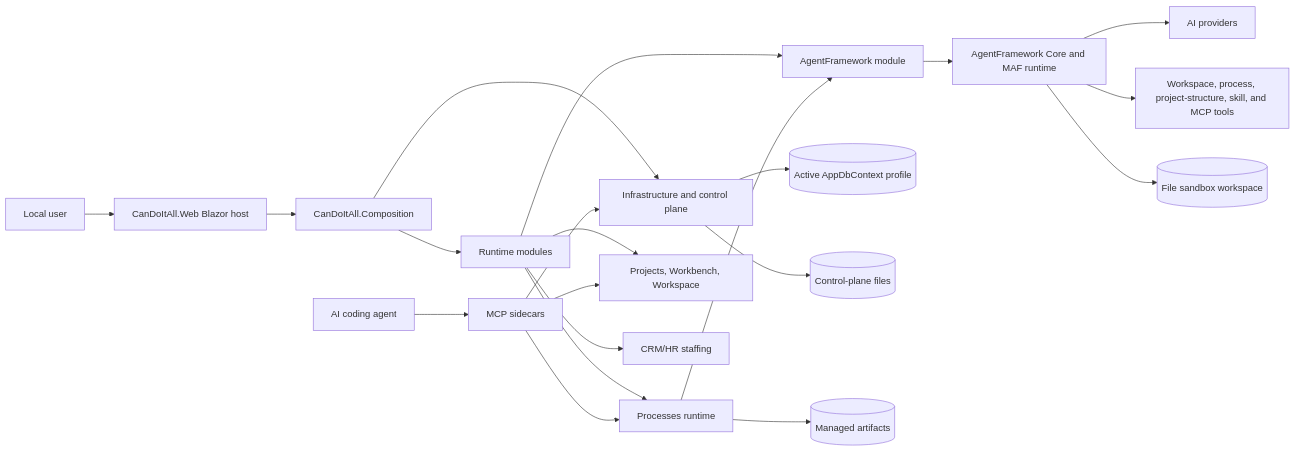
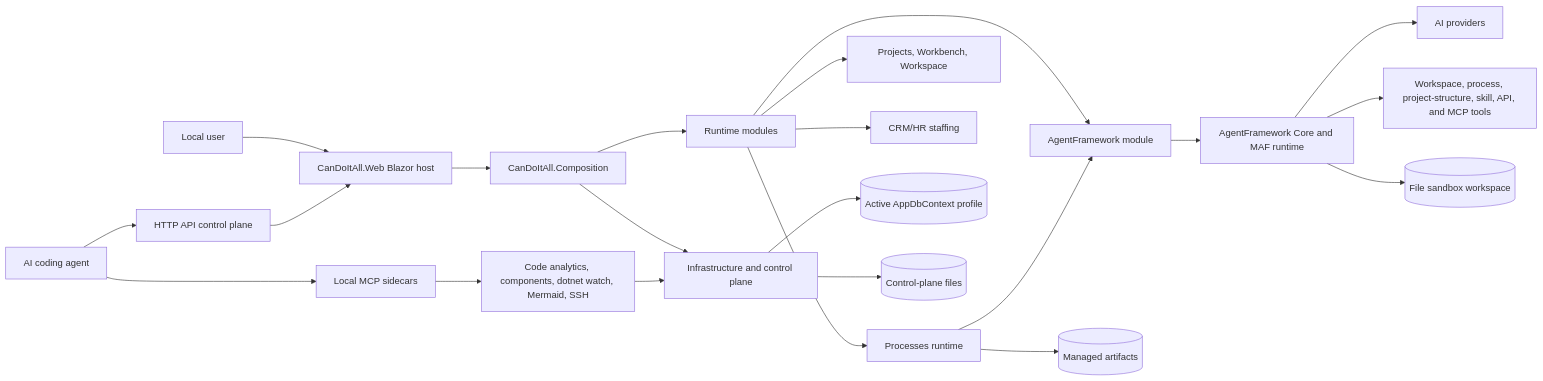
One commit to fyziktom/CanDoItAll changed the diagram in README.md. Above: the diagram before and after it, drawn with Mermaid. The commit also changed other lines of this file and 29 other files, not shown here.

````diff
--- a/README.md
+++ b/README.md
@@ -9,27 +9,28 @@
 ```mermaid
 flowchart LR
     User[Local user] --> Web[CanDoItAll.Web Blazor host]
-    Agent[AI coding agent] --> Mcp[MCP sidecars]
+    Agent[AI coding agent] --> Api[HTTP API control plane]
+    Agent --> Mcp[Local MCP sidecars]
 
+    Api --> Web
     Web --> Composition[CanDoItAll.Composition]
     Composition --> Infrastructure[Infrastructure and control plane]
     Composition --> Modules[Runtime modules]
     Modules --> Processes[Processes runtime]
     Modules --> Workbench[Projects, Workbench, Workspace]
     Modules --> AgentModule[AgentFramework module]
     Modules --> CrmHr[CRM/HR staffing]
 
     Processes --> AgentModule
     AgentModule --> AgentFramework[AgentFramework Core and MAF runtime]
     AgentFramework --> Providers[AI providers]
-    AgentFramework --> Tools[Workspace, process, project-structure, skill, and MCP tools]
+    AgentFramework --> Tools[Workspace, process, project-structure, skill, API, and MCP tools]
 
     Infrastructure --> AppDb[(Active AppDbContext profile)]
     Infrastructure --> ControlPlane[(Control-plane files)]
     AgentFramework --> WorkspaceFiles[(File sandbox workspace)]
     Processes --> ManagedFiles[(Managed artifacts)]
 
-    Mcp --> Processes
-    Mcp --> Workbench
-    Mcp --> Infrastructure
+    Mcp --> DevLoop[Code analytics, components, dotnet watch, Mermaid, SSH]
+    DevLoop --> Infrastructure
 ```
````
